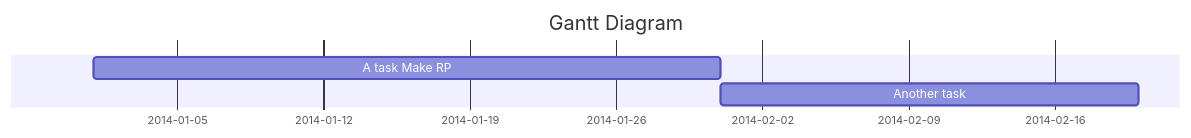
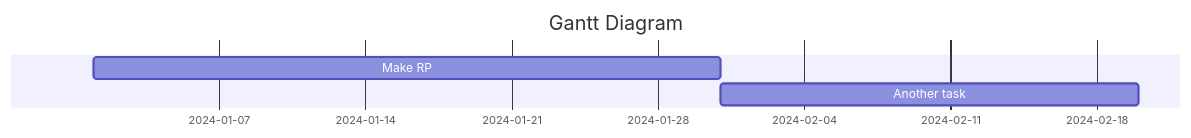
Before and after one commit to safwasd/iodraw-files: the diagram in all/代码甘特图.md, drawn with Mermaid.

Commit message:
2024-09-28 14:56:41 update

````diff
--- a/all/代码甘特图.md
+++ b/all/代码甘特图.md
@@ -1,10 +1,10 @@
 ```mermaid
 gantt
     title Gantt Diagram
     dateFormat  YYYY-MM-DD
     section  
-    A task Make RP          :a1, 2014-01-01, 30d
+    Make RP          :a1, 2024-, 30d
     Another task     :after a1  , 20d
     
             
 ```
````
